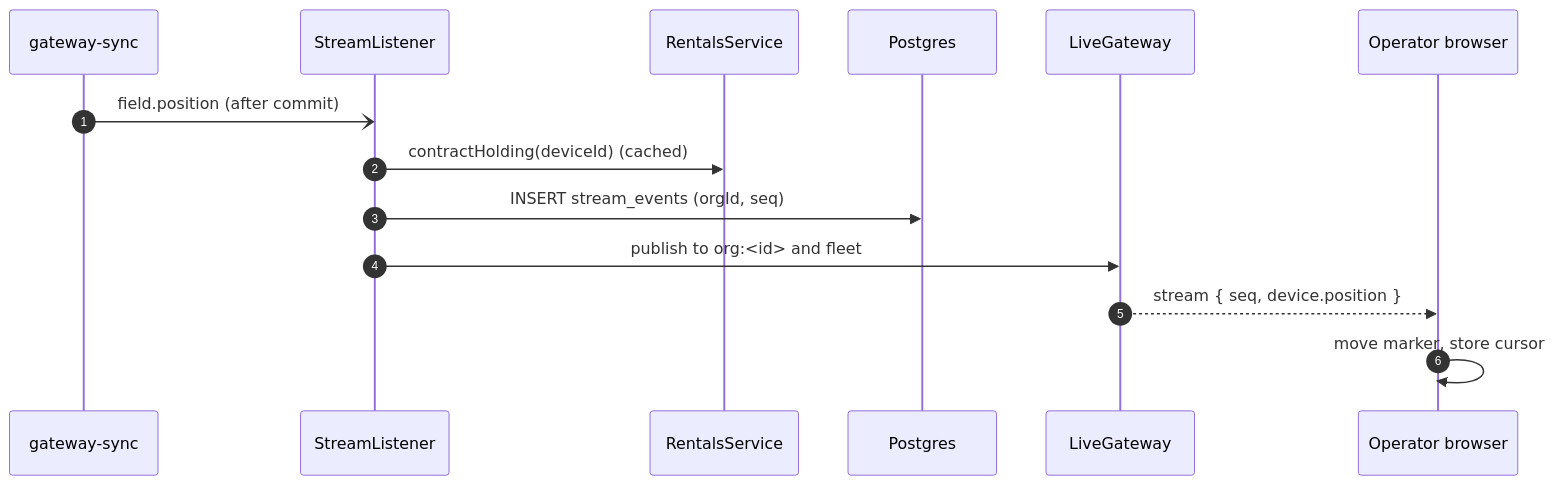
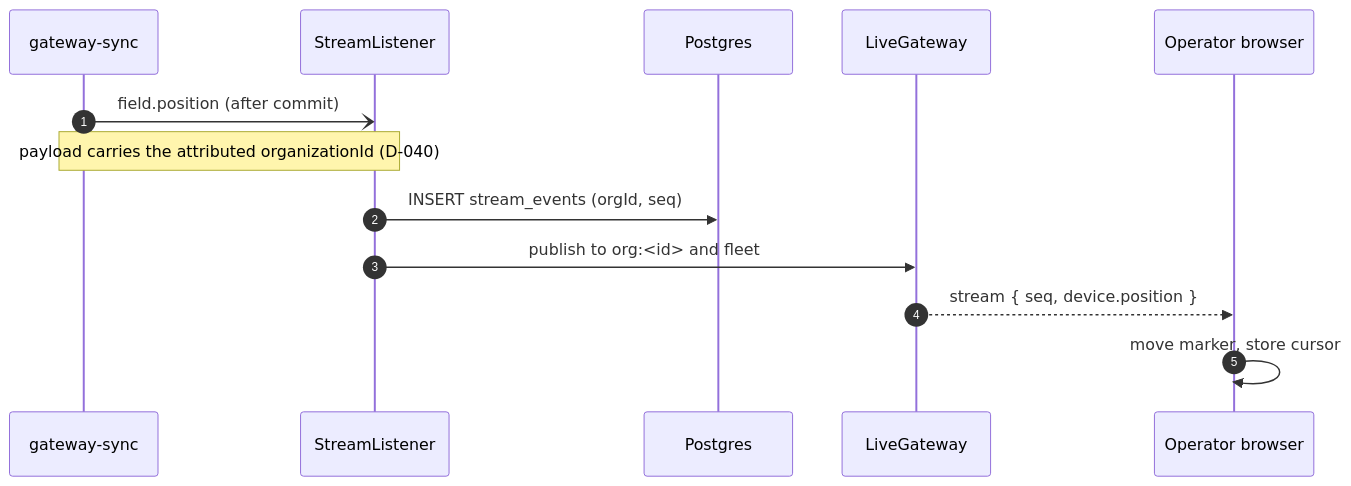
One commit to TrekLink-Team/treklink-web changed the diagram in specs/monitoring/design.md. Above: the diagram before and after it, drawn with Mermaid. The commit also changed other lines of this file and 12 other files, not shown here.

````diff
--- a/specs/monitoring/design.md
+++ b/specs/monitoring/design.md
@@ -77,16 +80,15 @@
 ```mermaid
 sequenceDiagram
     autonumber
     participant G as gateway-sync
     participant L as StreamListener
-    participant R as RentalsService
     participant DB as Postgres
     participant W as LiveGateway
     participant C as Operator browser
     G-)L: field.position (after commit)
-    L->>R: contractHolding(deviceId) (cached)
+    Note over G,L: payload carries the attributed organizationId (D-040)
     L->>DB: INSERT stream_events (orgId, seq)
     L->>W: publish to org:<id> and fleet
     W-->>C: stream { seq, device.position }
     C->>C: move marker, store cursor
 ```
````
